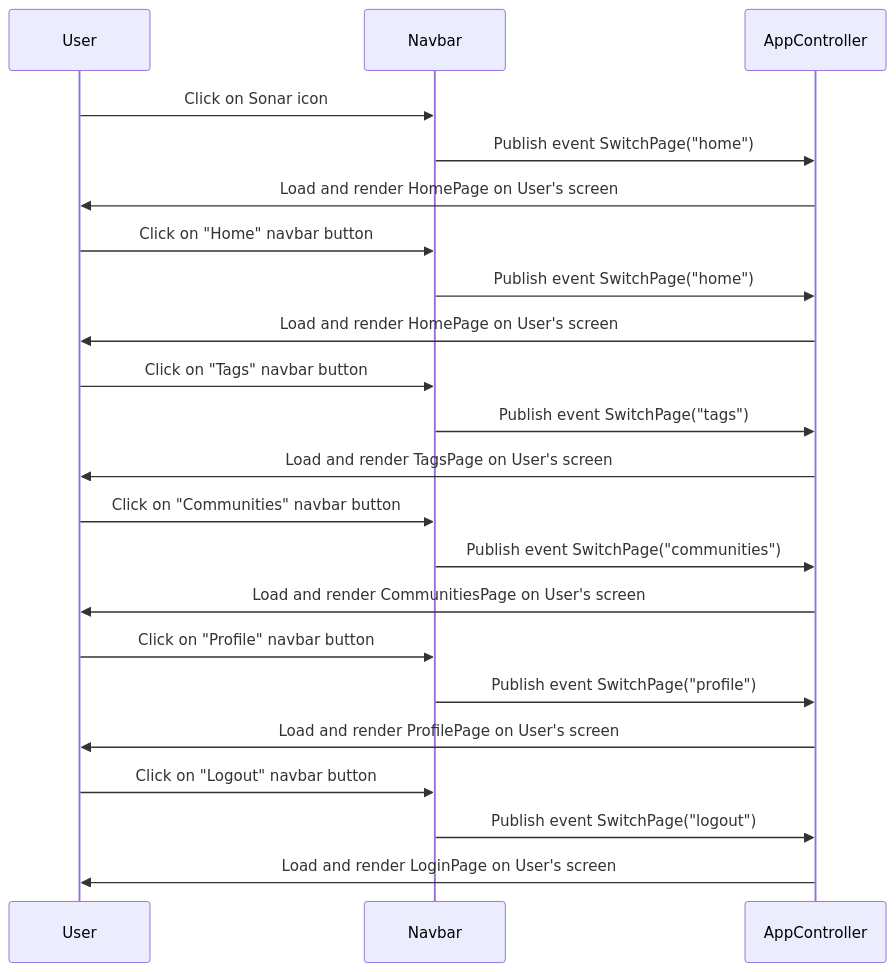
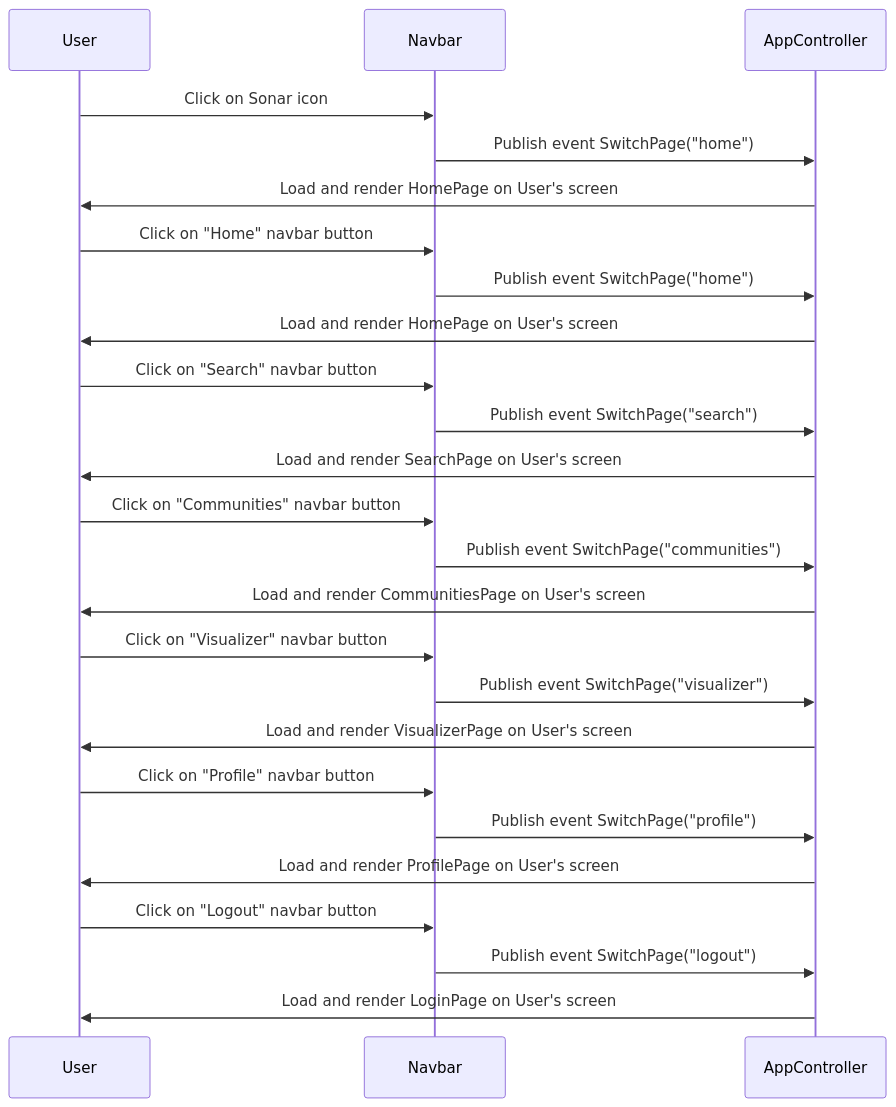
The diagram in team/m3/john-le/navbar-sequence-diagram.md (johncle/CS326Team7), drawn with Mermaid before and after one commit.

Commit message:
update navbar sequence diagram with new pages

````diff
--- a/team/m3/john-le/navbar-sequence-diagram.md
+++ b/team/m3/john-le/navbar-sequence-diagram.md
@@ -9,30 +9,34 @@
 ```mermaid
 sequenceDiagram
     participant User
     participant Navbar
     participant AppController
 
     User->>Navbar: Click on Sonar icon
     Navbar->>AppController: Publish event SwitchPage("home")
     AppController->>User: Load and render HomePage on User's screen
 
     User->>Navbar: Click on "Home" navbar button
     Navbar->>AppController: Publish event SwitchPage("home")
     AppController->>User: Load and render HomePage on User's screen
 
-    User->>Navbar: Click on "Tags" navbar button
-    Navbar->>AppController: Publish event SwitchPage("tags")
-    AppController->>User: Load and render TagsPage on User's screen
+    User->>Navbar: Click on "Search" navbar button
+    Navbar->>AppController: Publish event SwitchPage("search")
+    AppController->>User: Load and render SearchPage on User's screen
 
     User->>Navbar: Click on "Communities" navbar button
     Navbar->>AppController: Publish event SwitchPage("communities")
     AppController->>User: Load and render CommunitiesPage on User's screen
+
+    User->>Navbar: Click on "Visualizer" navbar button
+    Navbar->>AppController: Publish event SwitchPage("visualizer")
+    AppController->>User: Load and render VisualizerPage on User's screen
 
     User->>Navbar: Click on "Profile" navbar button
     Navbar->>AppController: Publish event SwitchPage("profile")
     AppController->>User: Load and render ProfilePage on User's screen
 
     User->>Navbar: Click on "Logout" navbar button
     Navbar->>AppController: Publish event SwitchPage("logout")
     AppController->>User: Load and render LoginPage on User's screen
 ```
````
